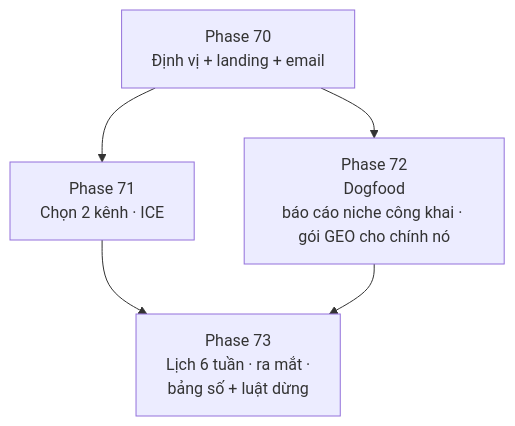
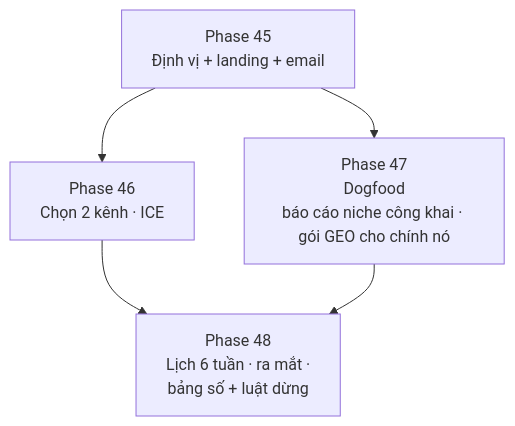
The diagram in docs/web/version-11.md (nvminhtu/niche-radar-docs), drawn with Mermaid before and after one commit. The commit also changed other lines of this file and 474 other files, not shown here.

````diff
--- a/docs/web/version-11.md
+++ b/docs/web/version-11.md
@@ -21,6 +21,6 @@
 ```mermaid
 flowchart TB
-  P[Phase 70<br/>Định vị + landing + email] --> C[Phase 71<br/>Chọn 2 kênh · ICE]
-  P --> D[Phase 72<br/>Dogfood<br/>báo cáo niche công khai · gói GEO cho chính nó]
-  C & D --> S[Phase 73<br/>Lịch 6 tuần · ra mắt ·<br/>bảng số + luật dừng]
+  P[Phase 45<br/>Định vị + landing + email] --> C[Phase 46<br/>Chọn 2 kênh · ICE]
+  P --> D[Phase 47<br/>Dogfood<br/>báo cáo niche công khai · gói GEO cho chính nó]
+  C & D --> S[Phase 48<br/>Lịch 6 tuần · ra mắt ·<br/>bảng số + luật dừng]
 ```
````
